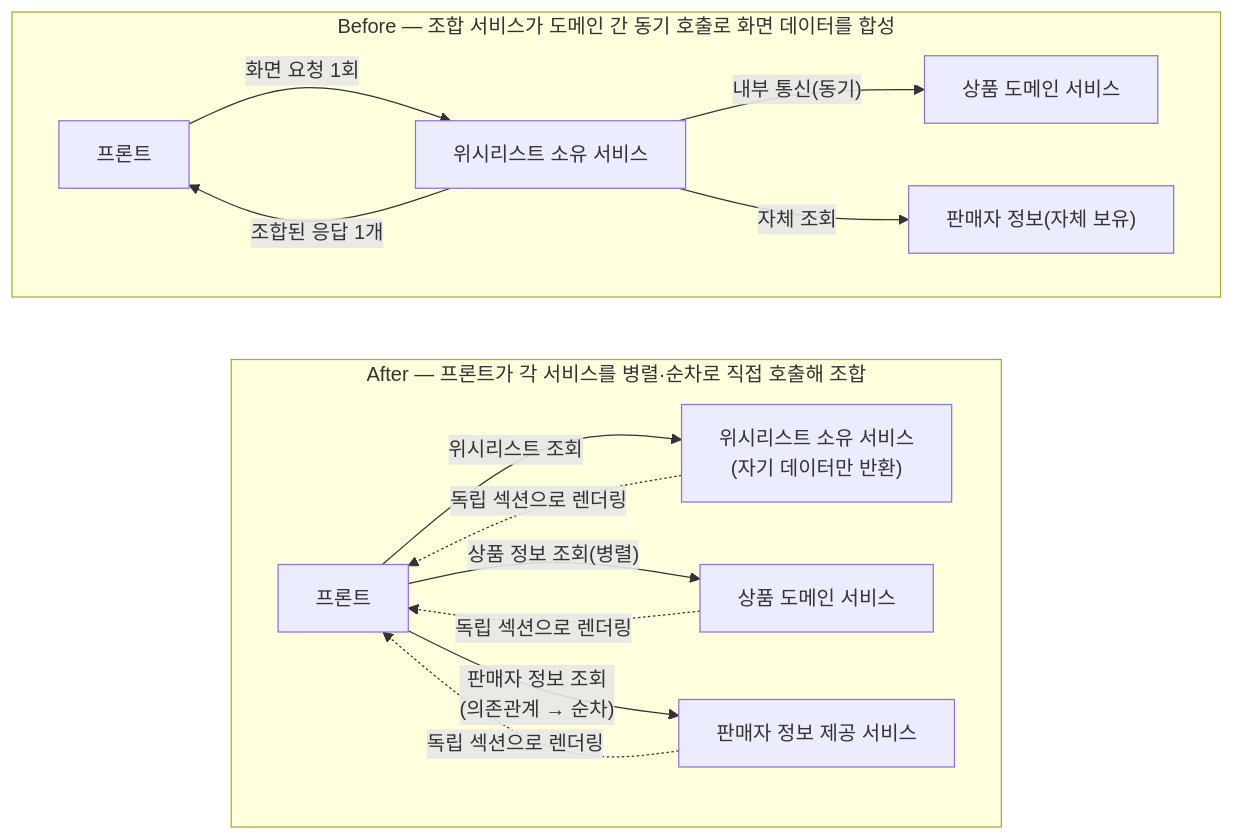
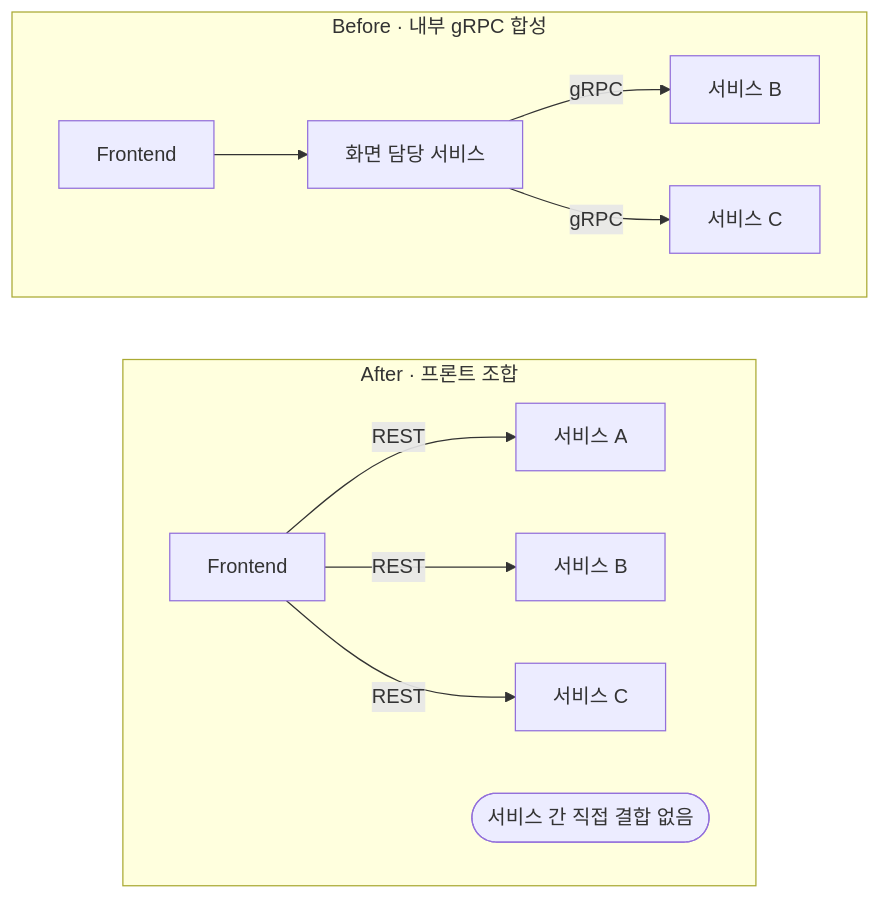
One commit to Jinpyo-An/Jinpyo-An.github.io changed the diagram in src/content/projects/ai-prompt-marketplace/troubleshooting/page-composition-frontend-migration/index.md. Above: the diagram before and after it, drawn with Mermaid. The commit also changed other lines of this file, not shown here.

First line of the commit message:
content: page-composition-frontend-migration 문서 특정 화면 예시를 일반화

````diff
--- a/src/content/projects/ai-prompt-marketplace/troubleshooting/page-composition-frontend-migration/index.md
+++ b/src/content/projects/ai-prompt-marketplace/troubleshooting/page-composition-frontend-migration/index.md
@@ -7,20 +7,17 @@
 ```mermaid
 flowchart TB
-    subgraph BEFORE["Before — 조합 서비스가 도메인 간 동기 호출로 화면 데이터를 합성"]
-        FE1["프론트"] -->|"화면 요청 1회"| SVC["위시리스트 소유 서비스"]
-        SVC -->|"내부 통신(동기)"| PRD["상품 도메인 서비스"]
-        SVC -->|"자체 조회"| SELF["판매자 정보(자체 보유)"]
-        SVC -->|"조합된 응답 1개"| FE1
+    subgraph BEFORE["Before · 내부 gRPC 합성"]
+        FE1["Frontend"] --> SVC["화면 담당 서비스"]
+        SVC -->|"gRPC"| B1["서비스 B"]
+        SVC -->|"gRPC"| C1["서비스 C"]
     end
 
-    subgraph AFTER["After — 프론트가 각 서비스를 병렬·순차로 직접 호출해 조합"]
-        FE2["프론트"] -->|"위시리스트 조회"| WL["위시리스트 소유 서비스\n(자기 데이터만 반환)"]
-        FE2 -->|"상품 정보 조회(병렬)"| PRD2["상품 도메인 서비스"]
-        FE2 -->|"판매자 정보 조회\n(의존관계 → 순차)"| SEL2["판매자 정보 제공 서비스"]
-        WL -.->|"독립 섹션으로 렌더링"| FE2
-        PRD2 -.->|"독립 섹션으로 렌더링"| FE2
-        SEL2 -.->|"독립 섹션으로 렌더링"| FE2
+    subgraph AFTER["After · 프론트 조합"]
+        FE2["Frontend"] -->|"REST"| A2["서비스 A"]
+        FE2 -->|"REST"| B2["서비스 B"]
+        FE2 -->|"REST"| C2["서비스 C"]
+        NOTE(["서비스 간 직접 결합 없음"])
     end
 
     BEFORE ~~~ AFTER
 ```
````
